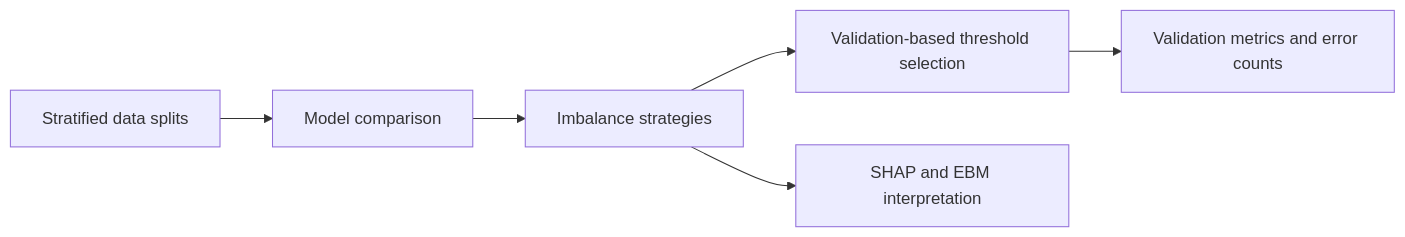
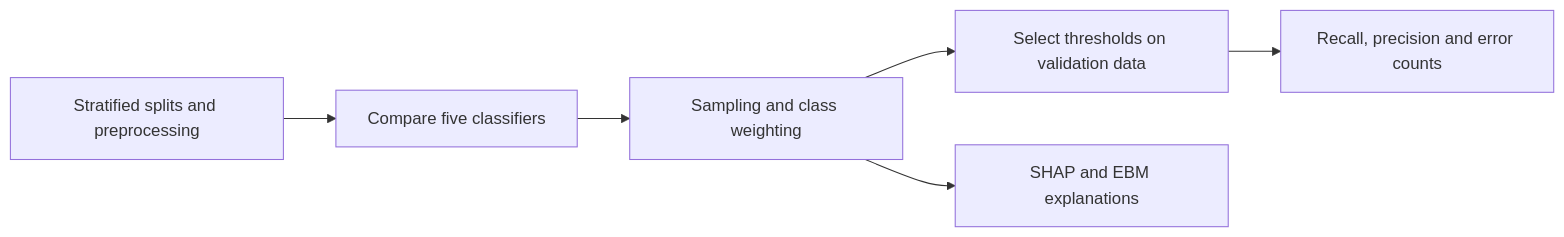
The diagram in README.md (shenlian1023/interpretable-credit-risk), drawn with Mermaid before and after one commit. The commit also changed other lines of this file, not shown here.

````diff
--- a/README.md
+++ b/README.md
@@ -15,8 +24,8 @@
 ```mermaid
 flowchart LR
-    A[Stratified data splits] --> B[Model comparison]
-    B --> C[Imbalance strategies]
-    C --> D[Validation-based threshold selection]
-    D --> E[Validation metrics and error counts]
-    C --> F[SHAP and EBM interpretation]
+    A[Stratified splits and preprocessing] --> B[Compare five classifiers]
+    B --> C[Sampling and class weighting]
+    C --> D[Select thresholds on validation data]
+    D --> E[Recall, precision and error counts]
+    C --> F[SHAP and EBM explanations]
 ```
````
